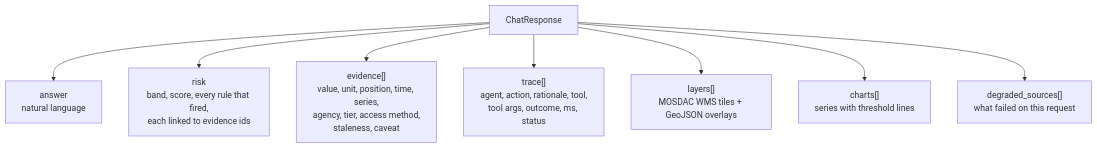
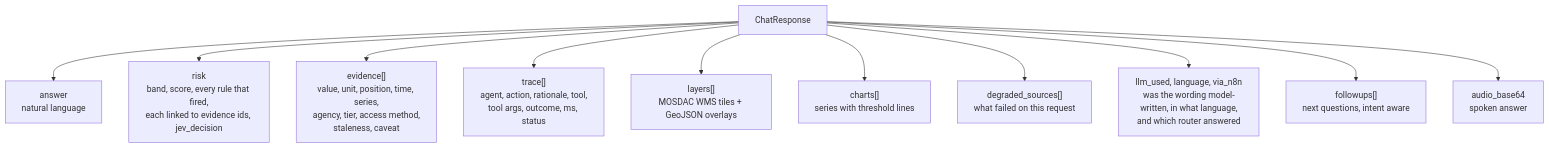
Before and after one commit to mithun50/ORCA: the tenth of 12 diagrams in docs/ARCHITECTURE.md, drawn with Mermaid. The commit also changed other lines of this file and 27 other files, not shown here.

````diff
--- a/docs/ARCHITECTURE.md
+++ b/docs/ARCHITECTURE.md
@@ -268,10 +510,13 @@
 ```mermaid
 flowchart TB
     ANS["ChatResponse"] --> A1["answer<br/>natural language"]
-    ANS --> A2["risk<br/>band, score, every rule that fired,<br/>each linked to evidence ids"]
+    ANS --> A2["risk<br/>band, score, every rule that fired,<br/>each linked to evidence ids, jev_decision"]
     ANS --> A3["evidence[]<br/>value, unit, position, time, series,<br/>agency, tier, access method,<br/>staleness, caveat"]
     ANS --> A4["trace[]<br/>agent, action, rationale, tool,<br/>tool args, outcome, ms, status"]
     ANS --> A5["layers[]<br/>MOSDAC WMS tiles + GeoJSON overlays"]
     ANS --> A6["charts[]<br/>series with threshold lines"]
     ANS --> A7["degraded_sources[]<br/>what failed on this request"]
+    ANS --> A8["llm_used, language, via_n8n<br/>was the wording model-written, in what language,<br/>and which router answered"]
+    ANS --> A9["followups[]<br/>next questions, intent aware"]
+    ANS --> A10["audio_base64<br/>spoken answer"]
 ```
````
